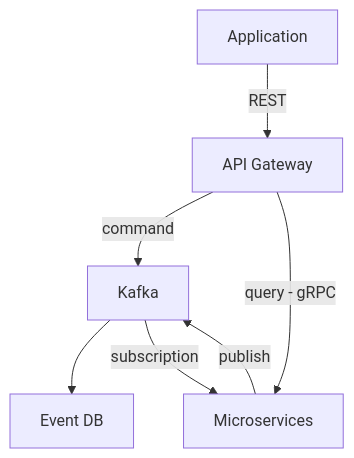
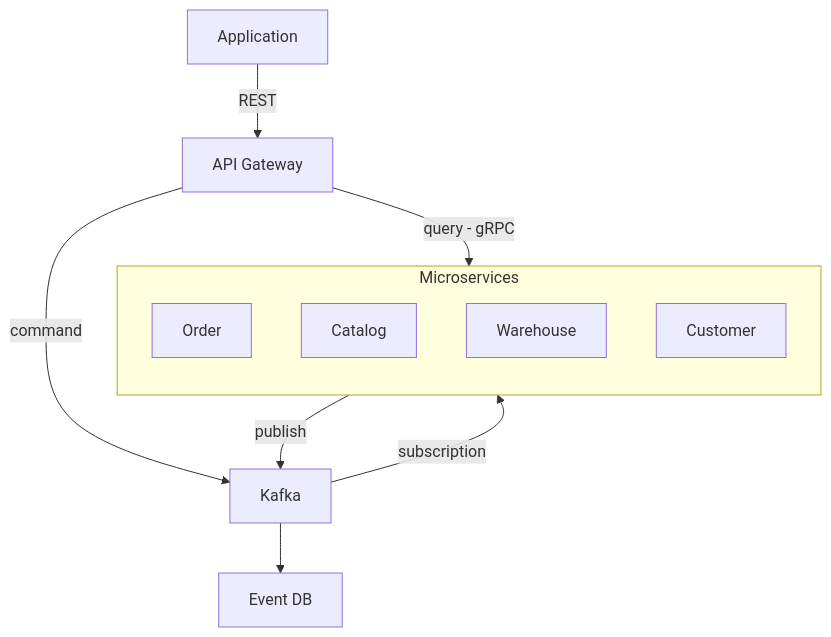
The diagram in README.md (earelin/tenda), drawn with Mermaid before and after one commit.

Commit message:
Improving diagram

````diff
--- a/README.md
+++ b/README.md
@@ -5,9 +5,16 @@
 ```mermaid
-flowchart TD 
+flowchart TD
+    subgraph Microservices
+        direction TB 
+        MA[Order] 
+        MB[Catalog]
+        MC[Warehouse]
+        MD[Customer]
+    end
     A[API Gateway] -->|command| B[Kafka]
     B --> D[Event DB]
-    A -->|query - gRPC| C[Microservices]
-    B -->|subscription| C
-    C -->|publish| B
+    A -->|query - gRPC| Microservices
+    B -->|subscription| Microservices
+    Microservices -->|publish| B
     E[Application] -->|REST| A
 ```
````
